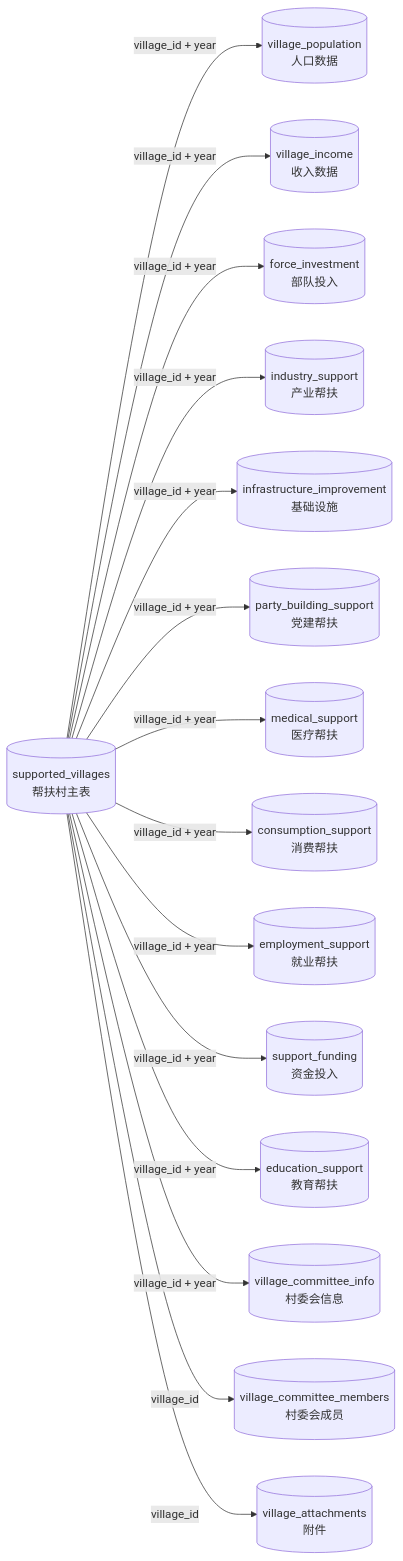
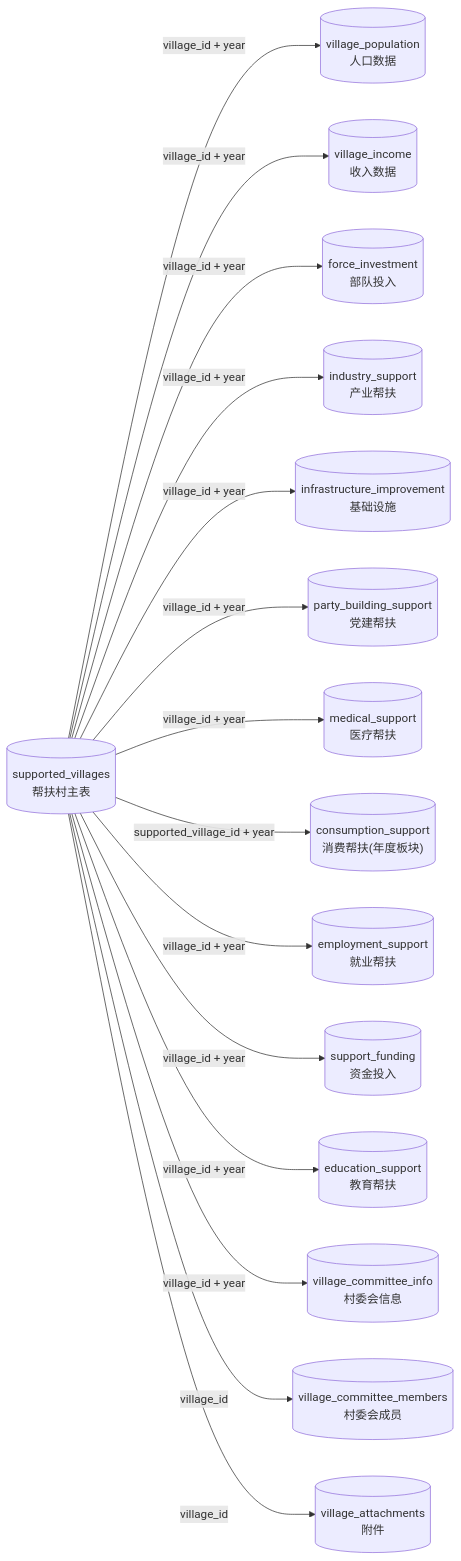
One commit to lzh745200/MRRS changed the fifth of 15 diagrams in docs/03-开发文档/01-架构设计/系统设计图集.md. Above: the diagram before and after it, drawn with Mermaid. The commit also changed other lines of this file and 163 other files, not shown here.

````diff
--- a/docs/03-开发文档/01-架构设计/系统设计图集.md
+++ b/docs/03-开发文档/01-架构设计/系统设计图集.md
@@ -238,19 +241,19 @@
 ```mermaid
 graph LR
     SV[("supported_villages<br/>帮扶村主表")]
 
     SV -->|"village_id + year"| POP[("village_population<br/>人口数据")]
     SV -->|"village_id + year"| INCOME[("village_income<br/>收入数据")]
     SV -->|"village_id + year"| FORCE[("force_investment<br/>部队投入")]
     SV -->|"village_id + year"| INDUSTRY[("industry_support<br/>产业帮扶")]
     SV -->|"village_id + year"| INFRA_S[("infrastructure_improvement<br/>基础设施")]
     SV -->|"village_id + year"| PARTY[("party_building_support<br/>党建帮扶")]
     SV -->|"village_id + year"| MEDICAL[("medical_support<br/>医疗帮扶")]
-    SV -->|"village_id + year"| CONSUME[("consumption_support<br/>消费帮扶")]
+    SV -->|"supported_village_id + year"| CONSUME[("consumption_support<br/>消费帮扶(年度板块)")]
     SV -->|"village_id + year"| EMPLOY[("employment_support<br/>就业帮扶")]
     SV -->|"village_id + year"| FUNDING[("support_funding<br/>资金投入")]
     SV -->|"village_id + year"| EDU[("education_support<br/>教育帮扶")]
     SV -->|"village_id + year"| COMMITTEE[("village_committee_info<br/>村委会信息")]
     SV -->|"village_id"| MEMBERS[("village_committee_members<br/>村委会成员")]
     SV -->|"village_id"| ATTACH[("village_attachments<br/>附件")]
 ```
````
